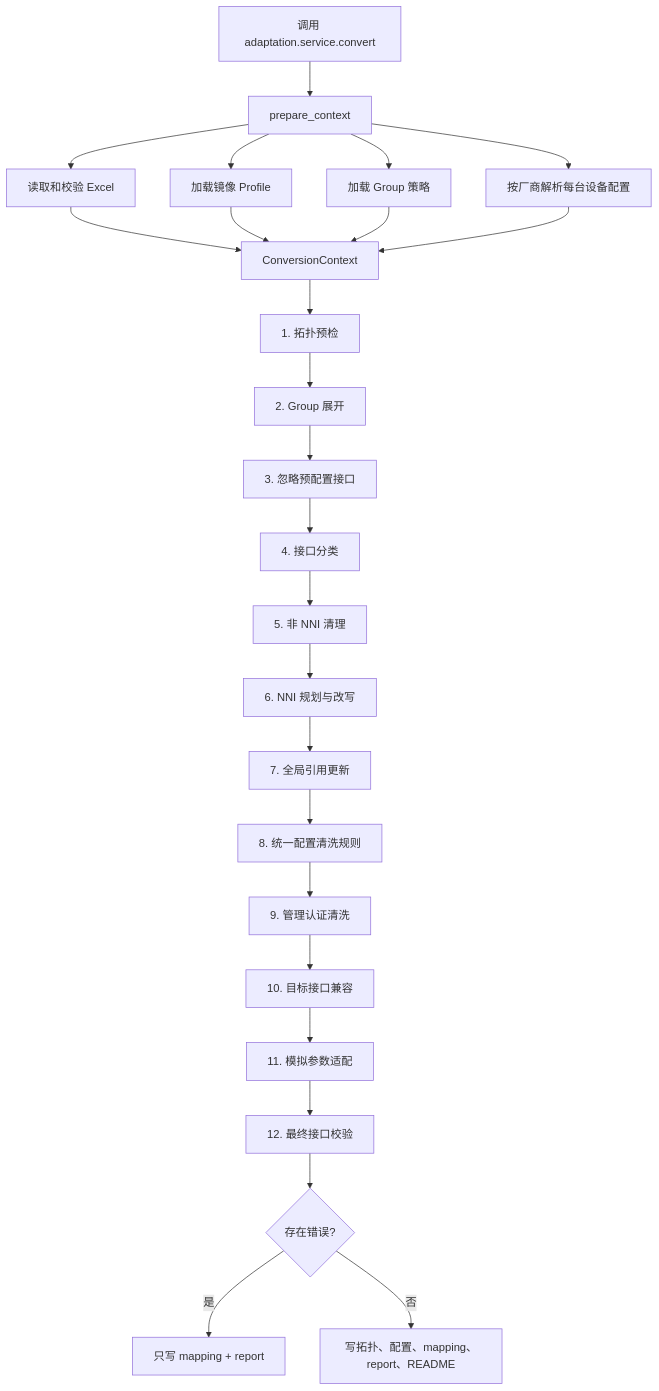
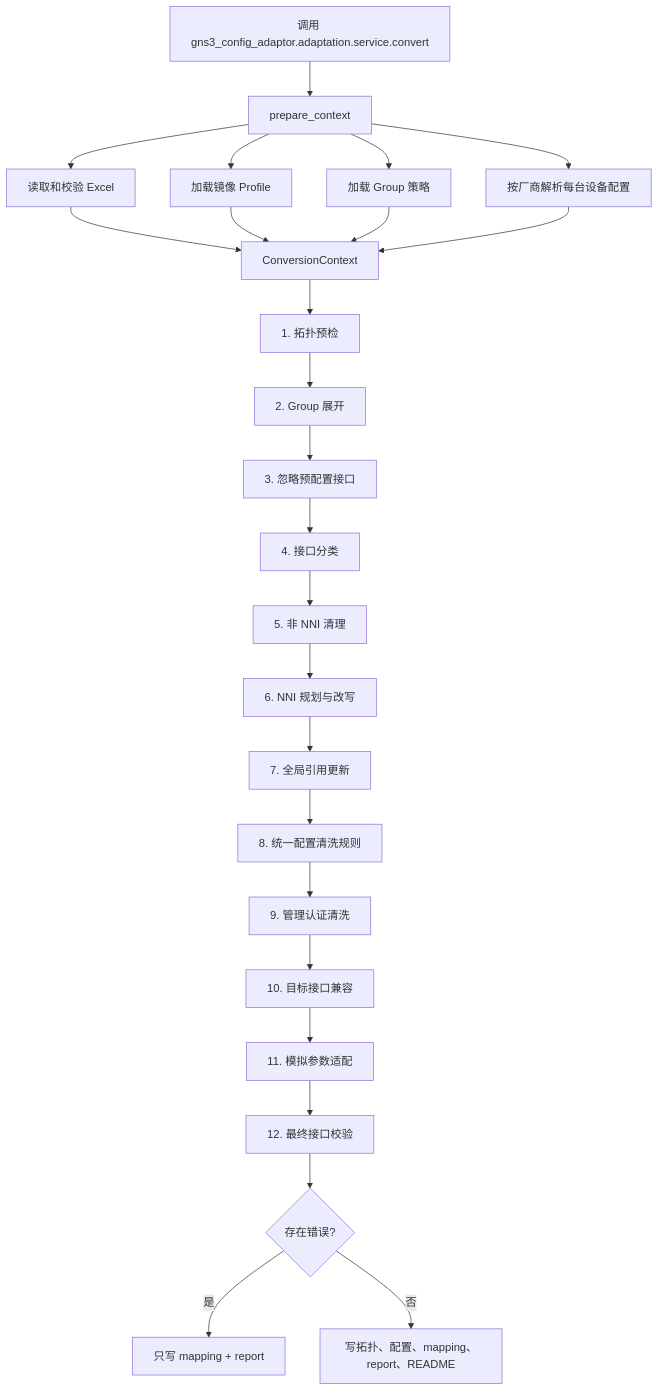
Before and after one commit to xiaobaozi01/config-mapping: the third of 9 diagrams in docs/onboarding-guide.md, drawn with Mermaid. The commit also changed other lines of this file and 293 other files, not shown here.

````diff
--- a/docs/onboarding-guide.md
+++ b/docs/onboarding-guide.md
@@ -155,29 +155,29 @@
 ```mermaid
 flowchart TD
-    Entry[调用 adaptation.service.convert] --> Prepare[prepare_context]
+    Entry[调用 gns3_config_adaptor.adaptation.service.convert] --> Prepare[prepare_context]
     Prepare --> Excel[读取和校验 Excel]
     Prepare --> Profiles[加载镜像 Profile]
     Prepare --> Policy[加载 Group 策略]
     Prepare --> Parse[按厂商解析每台设备配置]
 
     Excel --> Context[ConversionContext]
     Profiles --> Context
     Policy --> Context
     Parse --> Context
 
     Context --> Preflight[1. 拓扑预检]
     Preflight --> Groups[2. Group 展开]
     Groups --> Preconfigured[3. 忽略预配置接口]
     Preconfigured --> Classify[4. 接口分类]
     Classify --> Cleanup[5. 非 NNI 清理]
     Cleanup --> NNI[6. NNI 规划与改写]
     NNI --> Rewrite[7. 全局引用更新]
     Rewrite --> Rules[8. 统一配置清洗规则]
     Rules --> Auth[9. 管理认证清洗]
     Auth --> Compatibility[10. 目标接口兼容]
     Compatibility --> Simulation[11. 模拟参数适配]
     Simulation --> Validation[12. 最终接口校验]
     Validation --> HasError{存在错误?}
     HasError -->|是| Diagnostics[只写 mapping + report]
     HasError -->|否| Outputs[写拓扑、配置、mapping、report、README]
 ```
````
